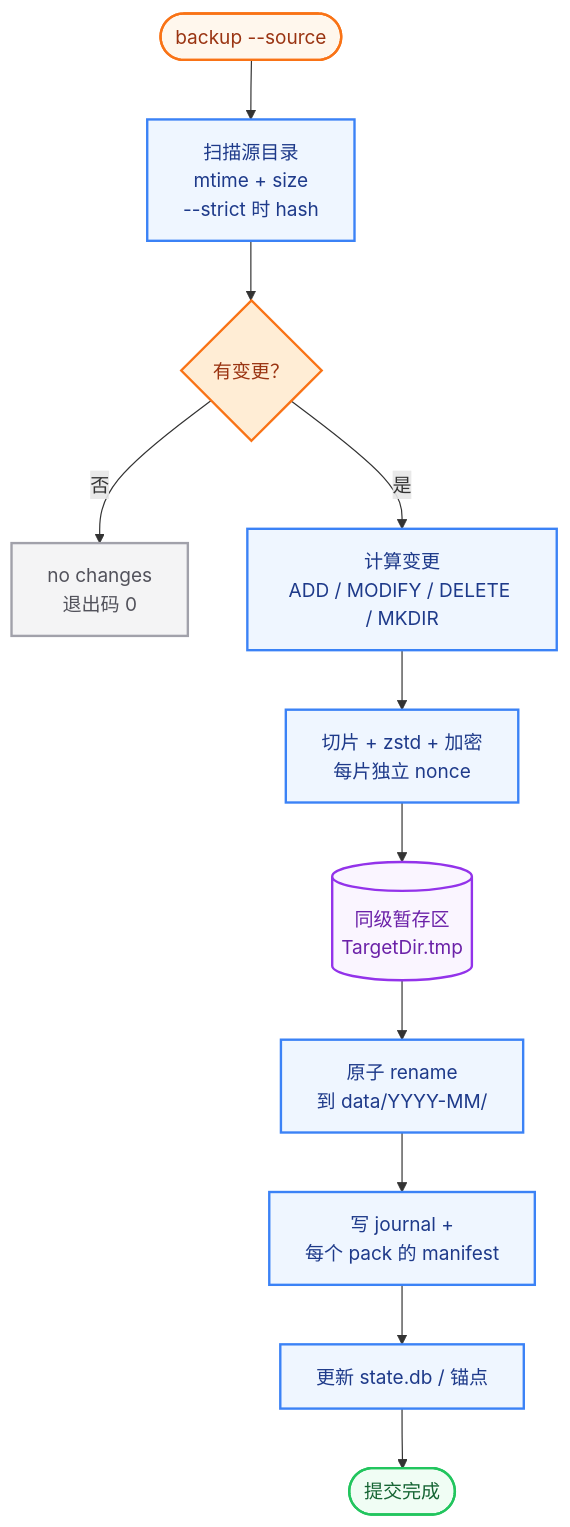
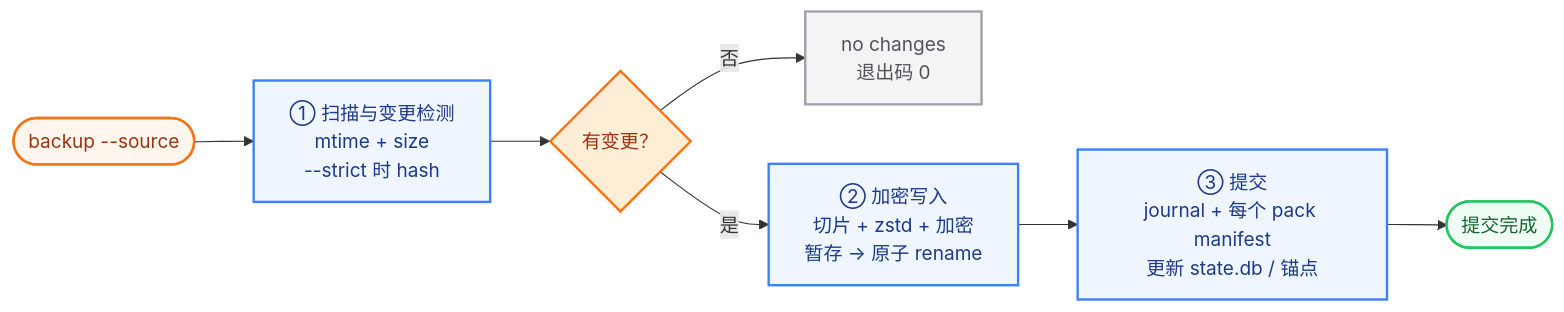
Before and after one commit to tangthinker/encry-immortals: the second of 4 diagrams in README.md, drawn with Mermaid. The commit also changed other lines of this file, not shown here.

First line of the commit message:
docs: make the backup and restore flows compact horizontal

````diff
--- a/README.md
+++ b/README.md
@@ -64,26 +64,20 @@
 ```mermaid
-flowchart TD
-    A(["backup --source"]) --> B["扫描源目录<br/>mtime + size<br/>--strict 时 hash"]
+flowchart LR
+    A(["backup --source"]) --> B["① 扫描与变更检测<br/>mtime + size<br/>--strict 时 hash"]
     B --> C{"有变更？"}
     C -->|否| N["no changes<br/>退出码 0"]
-    C -->|是| D["计算变更<br/>ADD / MODIFY / DELETE / MKDIR"]
-    D --> E["切片 + zstd + 加密<br/>每片独立 nonce"]
-    E --> F[("同级暂存区<br/>TargetDir.tmp")]
-    F --> G["原子 rename<br/>到 data/YYYY-MM/"]
-    G --> H["写 journal +<br/>每个 pack 的 manifest"]
-    H --> I["更新 state.db / 锚点"]
-    I --> J(["提交完成"])
+    C -->|是| D["② 加密写入<br/>切片 + zstd + 加密<br/>暂存 → 原子 rename"]
+    D --> E["③ 提交<br/>journal + 每个 pack manifest<br/>更新 state.db / 锚点"]
+    E --> F(["提交完成"])
 
     classDef entry fill:#FFF7ED,stroke:#F97316,stroke-width:2px,color:#9A3412
     classDef process fill:#EFF6FF,stroke:#3B82F6,stroke-width:2px,color:#1E3A8A
     classDef decision fill:#FFEDD5,stroke:#F97316,stroke-width:2px,color:#9A3412
-    classDef storage fill:#FAF5FF,stroke:#9333EA,stroke-width:2px,color:#6B21A8
     classDef success fill:#F0FDF4,stroke:#22C55E,stroke-width:2px,color:#166534
     classDef muted fill:#F4F4F5,stroke:#A1A1AA,stroke-width:2px,color:#52525B
     class A entry
-    class B,D,E,G,H,I process
+    class B,D,E process
     class C decision
-    class F storage
     class N muted
-    class J success
+    class F success
 ```
````
